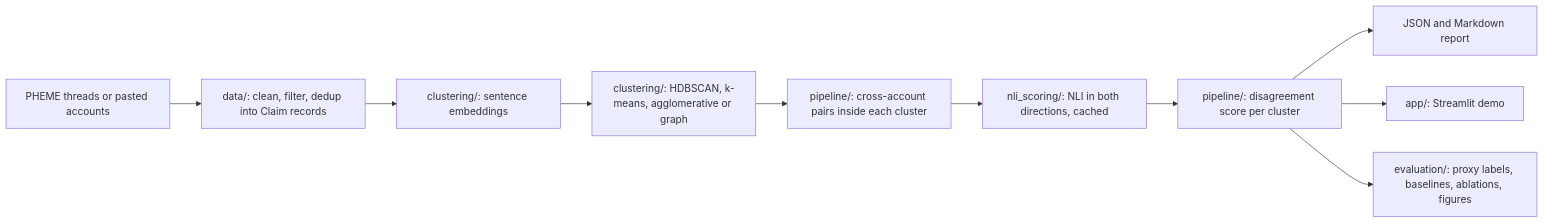
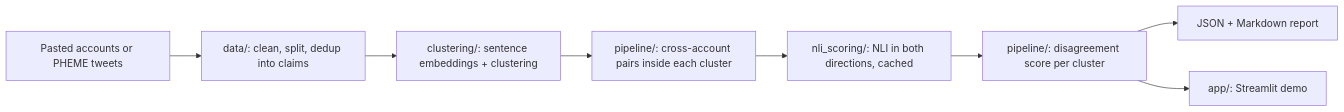
One commit to deus0301/Witness_Inconsistency_Detector changed the diagram in README.md. Above: the diagram before and after it, drawn with Mermaid. The commit also changed other lines of this file and 113 other files, not shown here.

````diff
--- a/README.md
+++ b/README.md
@@ -21,12 +17,10 @@
 ```mermaid
 flowchart LR
-    A[PHEME threads or pasted accounts] --> B["data/: clean, filter, dedup into Claim records"]
-    B --> C["clustering/: sentence embeddings"]
-    C --> D["clustering/: HDBSCAN, k-means, agglomerative or graph"]
-    D --> E["pipeline/: cross-account pairs inside each cluster"]
-    E --> F["nli_scoring/: NLI in both directions, cached"]
-    F --> G["pipeline/: disagreement score per cluster"]
-    G --> H[JSON and Markdown report]
-    G --> I["app/: Streamlit demo"]
-    G --> J["evaluation/: proxy labels, baselines, ablations, figures"]
+    A[Pasted accounts or PHEME tweets] --> B["data/: clean, split, dedup into claims"]
+    B --> C["clustering/: sentence embeddings + clustering"]
+    C --> D["pipeline/: cross-account pairs inside each cluster"]
+    D --> E["nli_scoring/: NLI in both directions, cached"]
+    E --> F["pipeline/: disagreement score per cluster"]
+    F --> G[JSON + Markdown report]
+    F --> H["app/: Streamlit demo"]
 ```
````
